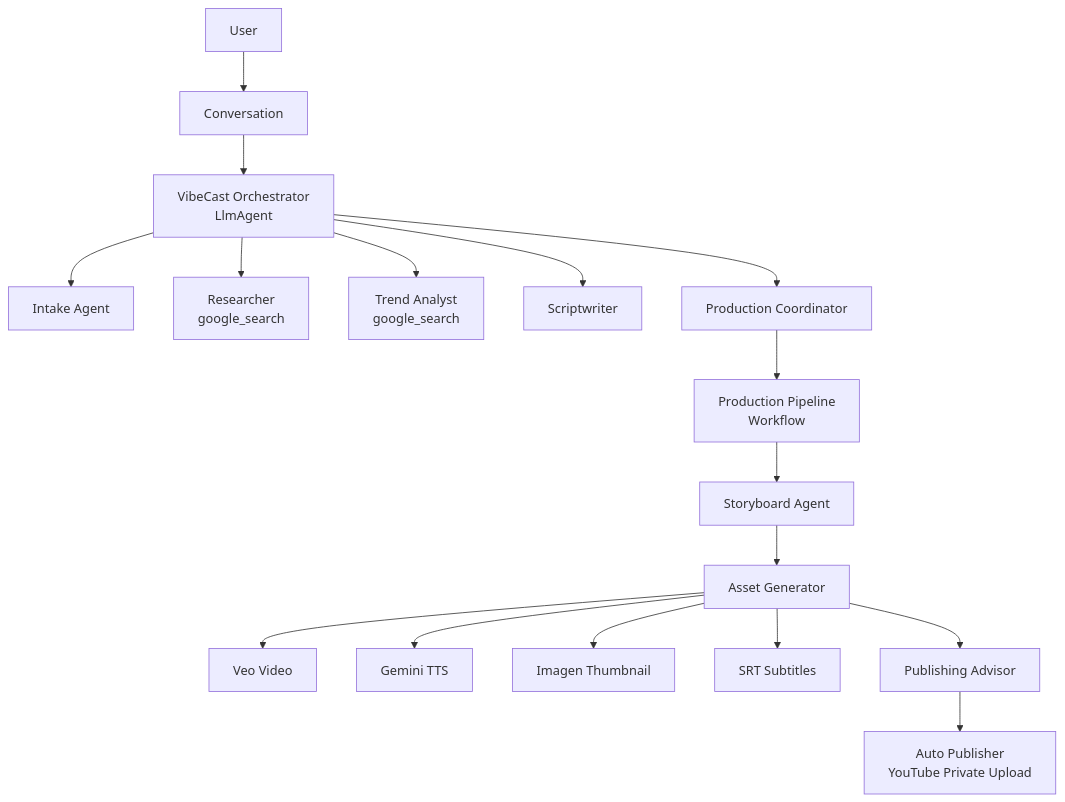
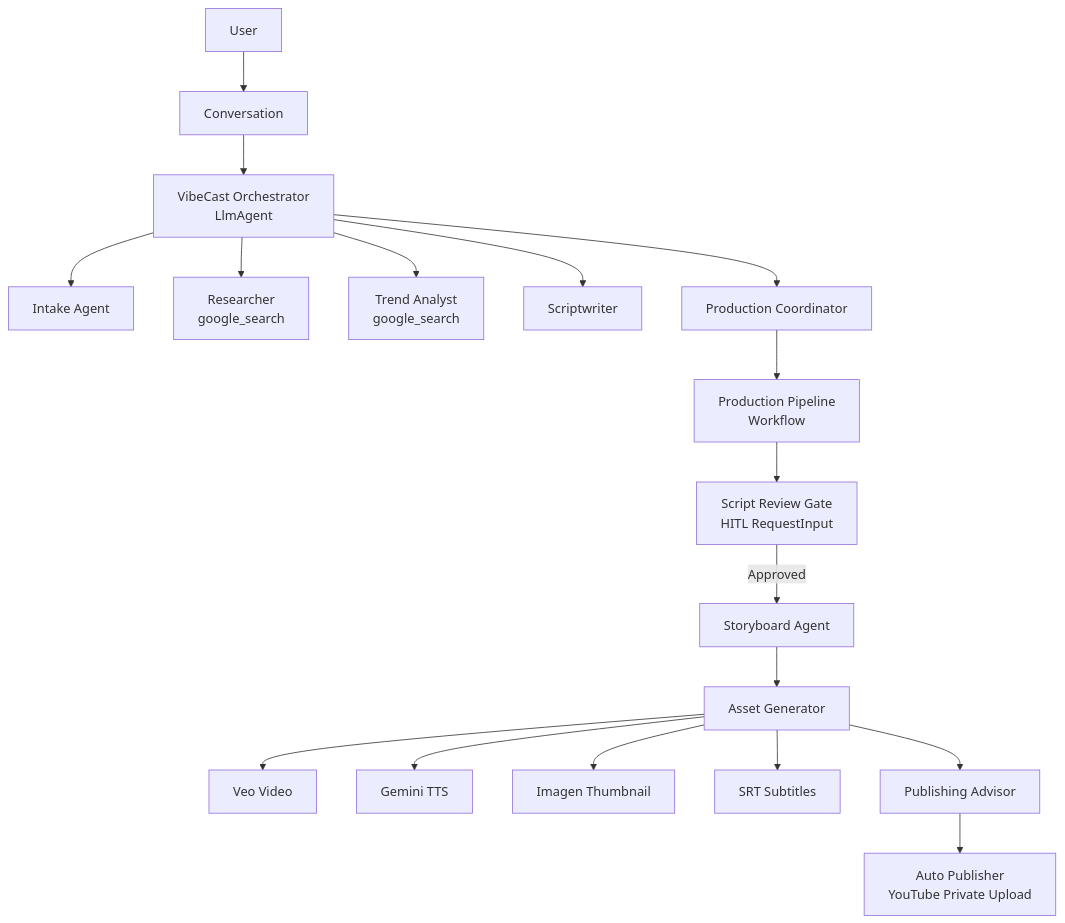
The first of 2 diagrams in README.md (CM71103/VibeCast), drawn with Mermaid before and after one commit. The commit also changed other lines of this file and 5 other files, not shown here.

Commit message:
refactor: fix bug in voiceover mcp server and align architecture with HITL agent

````diff
--- a/README.md
+++ b/README.md
@@ -20,19 +20,20 @@
 ```mermaid
 graph TD
     U[User] --> C[Conversation]
     C --> O[VibeCast Orchestrator<br/>LlmAgent]
     O --> I[Intake Agent]
     O --> R[Researcher<br/>google_search]
     O --> T[Trend Analyst<br/>google_search]
     O --> S[Scriptwriter]
     O --> PC[Production Coordinator]
     PC --> P[Production Pipeline<br/>Workflow]
-    P --> SB[Storyboard Agent]
+    P --> HITL[Script Review Gate<br/>HITL RequestInput]
+    HITL -->|Approved| SB[Storyboard Agent]
     SB --> AG[Asset Generator]
     AG --> V[Veo Video]
     AG --> A[Gemini TTS]
     AG --> TH[Imagen Thumbnail]
     AG --> SUB[SRT Subtitles]
     AG --> PUB[Publishing Advisor]
     PUB --> YT[Auto Publisher<br/>YouTube Private Upload]
 ```
````
